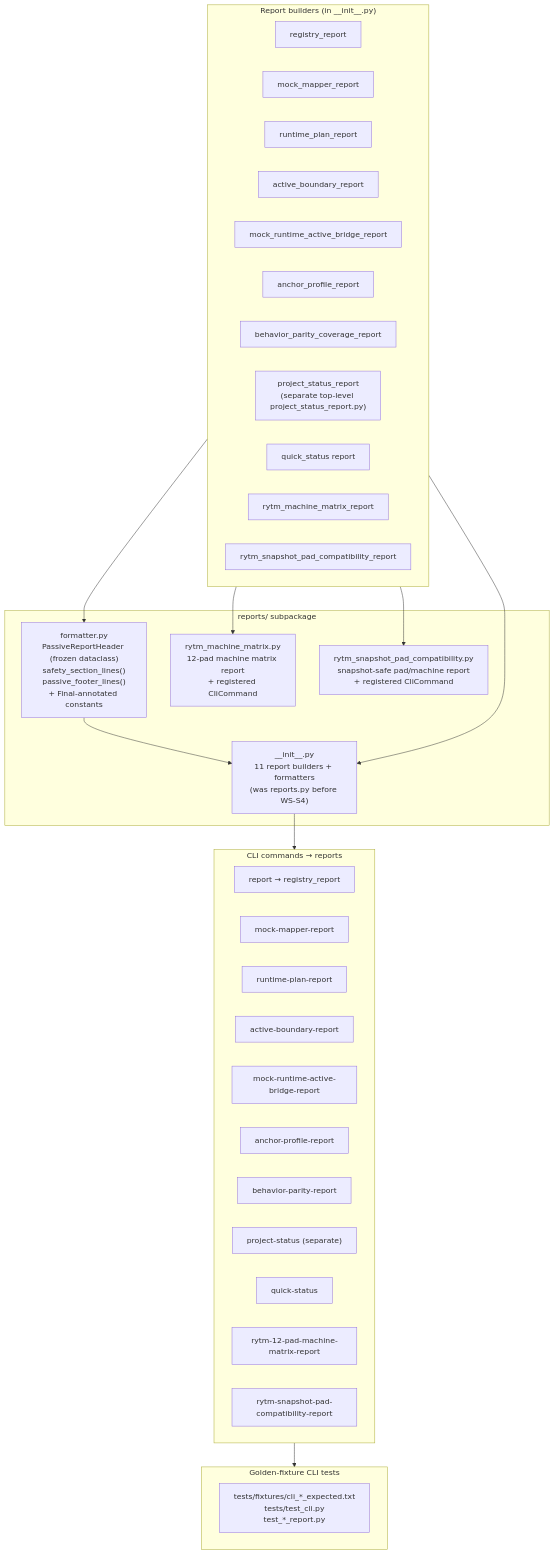
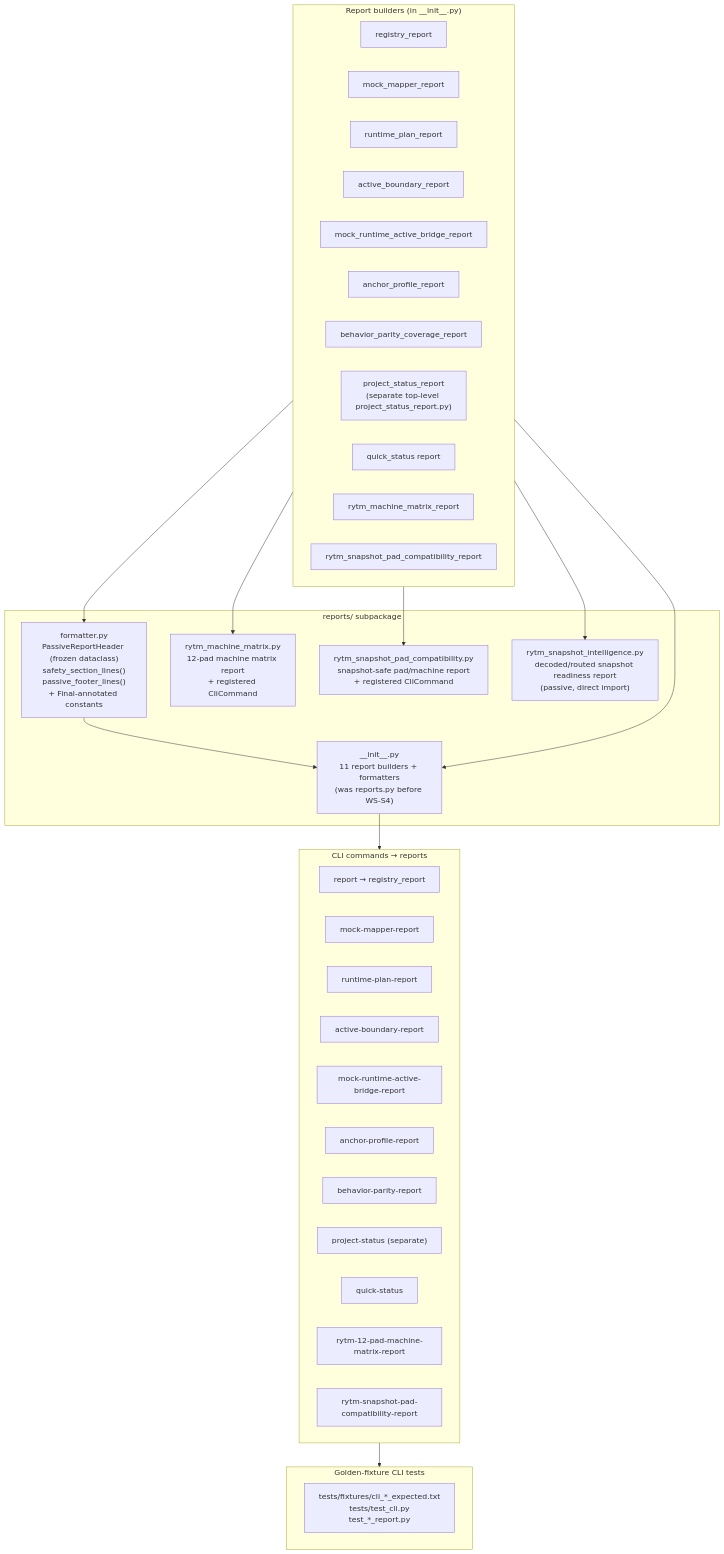
One commit to buzzijose-hub/RytmRandomizer changed diagram 20 of 26 in docs/ARCHITECTURE_DIAGRAMS.md. Above: the diagram before and after it, drawn with Mermaid. The commit also changed other lines of this file and 2 other files, not shown here.

Commit message:
docs: record snapshot intelligence slice

````diff
--- a/docs/ARCHITECTURE_DIAGRAMS.md
+++ b/docs/ARCHITECTURE_DIAGRAMS.md
@@ -1195,50 +1196,52 @@
 ```mermaid
 flowchart TB
     subgraph ReportsPkg["reports/ subpackage"]
         Init["__init__.py<br/>11 report builders + formatters<br/>(was reports.py before WS-S4)"]
         Formatter["formatter.py<br/>PassiveReportHeader (frozen dataclass)<br/>safety_section_lines()<br/>passive_footer_lines()<br/>+ Final-annotated constants"]
         MatrixModule["rytm_machine_matrix.py<br/>12-pad machine matrix report<br/>+ registered CliCommand"]
         SnapshotModule["rytm_snapshot_pad_compatibility.py<br/>snapshot-safe pad/machine report<br/>+ registered CliCommand"]
+        SnapshotIntelModule["rytm_snapshot_intelligence.py<br/>decoded/routed snapshot readiness report<br/>(passive, direct import)"]
     end
 
     subgraph Reports["Report builders (in __init__.py)"]
         R1["registry_report"]
         R2["mock_mapper_report"]
         R3["runtime_plan_report"]
         R4["active_boundary_report"]
         R5["mock_runtime_active_bridge_report"]
         R6["anchor_profile_report"]
         R7["behavior_parity_coverage_report"]
         R8["project_status_report<br/>(separate top-level project_status_report.py)"]
         R9["quick_status report"]
         R10["rytm_machine_matrix_report"]
         R11["rytm_snapshot_pad_compatibility_report"]
     end
 
     subgraph CLICmds["CLI commands → reports"]
         C1["report → registry_report"]
         C2["mock-mapper-report"]
         C3["runtime-plan-report"]
         C4["active-boundary-report"]
         C5["mock-runtime-active-bridge-report"]
         C6["anchor-profile-report"]
         C7["behavior-parity-report"]
         C8["project-status (separate)"]
         C9["quick-status"]
         C10["rytm-12-pad-machine-matrix-report"]
         C11["rytm-snapshot-pad-compatibility-report"]
     end
 
     subgraph Fixtures["Golden-fixture CLI tests"]
         GoldenTests["tests/fixtures/cli_*_expected.txt<br/>tests/test_cli.py<br/>test_*_report.py"]
     end
 
     Reports --> Formatter
     Reports --> MatrixModule
     Reports --> SnapshotModule
+    Reports --> SnapshotIntelModule
     Formatter --> Init
     Reports --> Init
 
     Init --> CLICmds
     CLICmds --> Fixtures
 ```
````
